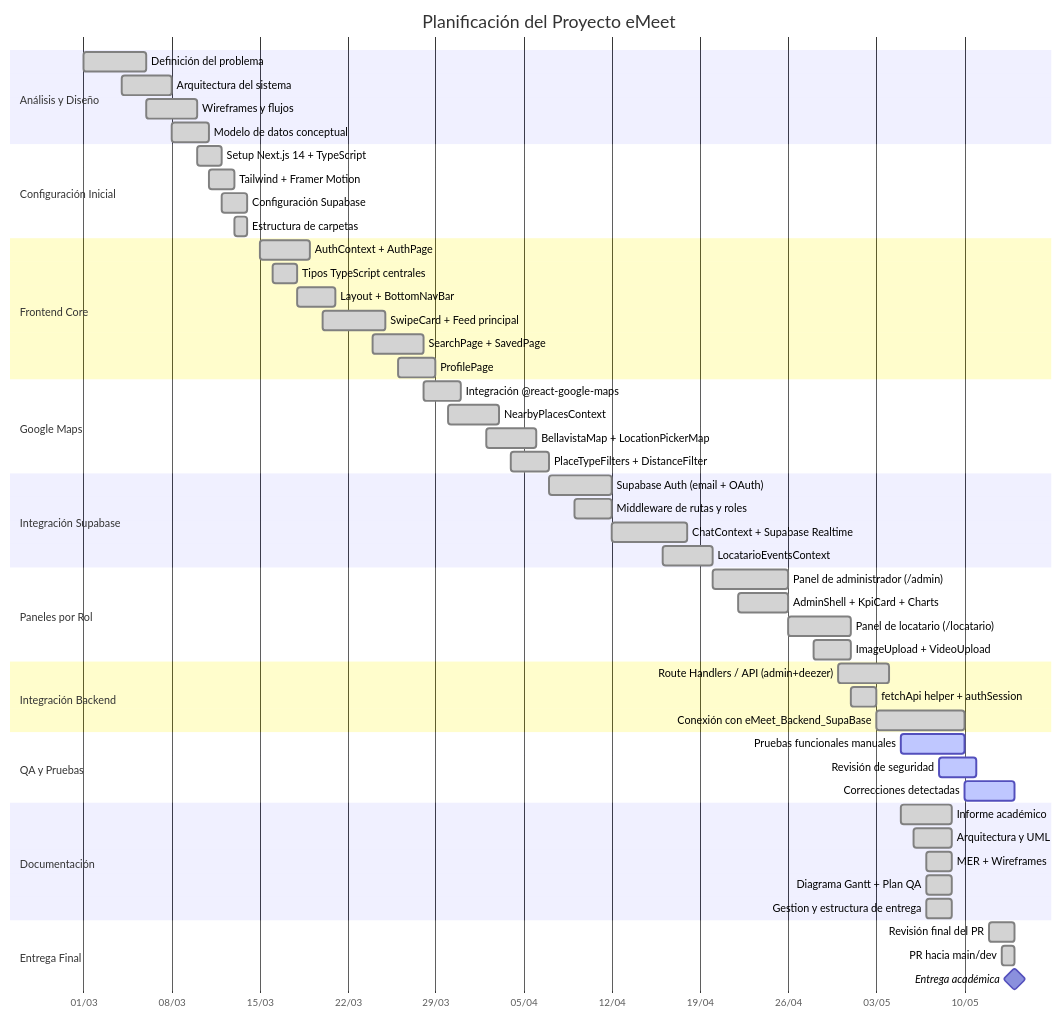
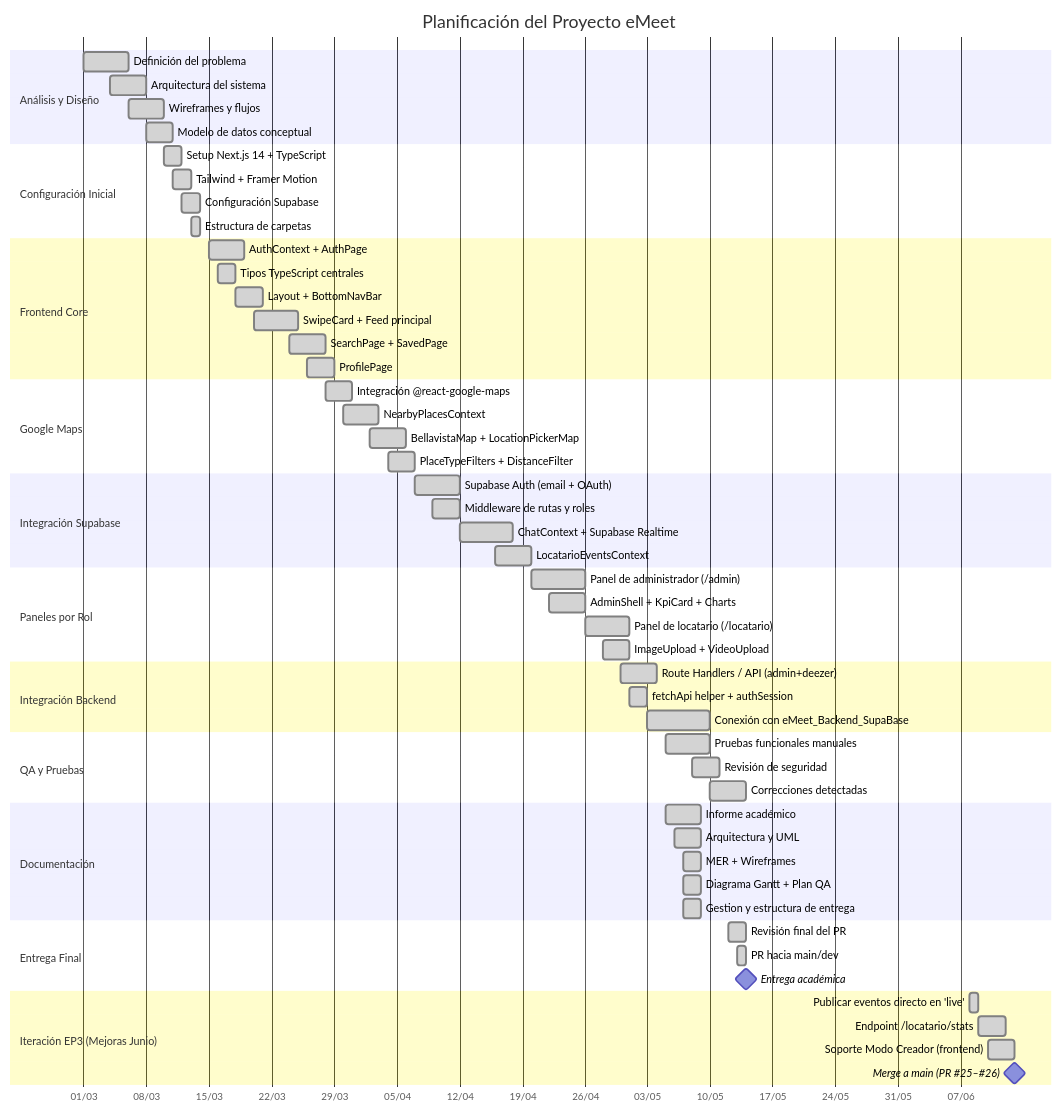
Before and after one commit to DanielBravoS88/eMeet_Backend_SupaBase: the diagram in Documentacion/Gantt.md, drawn with Mermaid. The commit also changed other lines of this file and 2 other files, not shown here.

Commit message:
docs: sincronizar documentacion con iteracion de junio (stats de creador, publicar en live)
- Gantt: cierre de QA y nueva fase EP3 (junio)
- Funcionalidades: endpoints /events/locatario/stats y /events/locatario/public, publicacion directa en live
- MER: columna status (draft|live) en locatario_events (tabla y diagrama ER)

````diff
--- a/Documentacion/Gantt.md
+++ b/Documentacion/Gantt.md
@@ -26,66 +27,72 @@
 ```mermaid
 gantt
     title Planificación del Proyecto eMeet
     dateFormat  YYYY-MM-DD
     axisFormat  %d/%m
 
     section Análisis y Diseño
     Definición del problema           :done,    ana1, 2026-03-01, 5d
     Arquitectura del sistema          :done,    ana2, 2026-03-04, 4d
     Wireframes y flujos               :done,    ana3, 2026-03-06, 4d
     Modelo de datos conceptual        :done,    ana4, 2026-03-08, 3d
 
     section Configuración Inicial
     Setup Next.js 14 + TypeScript     :done,    cfg1, 2026-03-10, 2d
     Tailwind + Framer Motion          :done,    cfg2, 2026-03-11, 2d
     Configuración Supabase            :done,    cfg3, 2026-03-12, 2d
     Estructura de carpetas            :done,    cfg4, 2026-03-13, 1d
 
     section Frontend Core
     AuthContext + AuthPage            :done,    fe1, 2026-03-15, 4d
     Tipos TypeScript centrales        :done,    fe2, 2026-03-16, 2d
     Layout + BottomNavBar             :done,    fe3, 2026-03-18, 3d
     SwipeCard + Feed principal        :done,    fe4, 2026-03-20, 5d
     SearchPage + SavedPage            :done,    fe5, 2026-03-24, 4d
     ProfilePage                       :done,    fe6, 2026-03-26, 3d
 
     section Google Maps
     Integración @react-google-maps    :done,    gm1, 2026-03-28, 3d
     NearbyPlacesContext               :done,    gm2, 2026-03-30, 4d
     BellavistaMap + LocationPickerMap :done,    gm3, 2026-04-02, 4d
     PlaceTypeFilters + DistanceFilter :done,    gm4, 2026-04-04, 3d
 
     section Integración Supabase
     Supabase Auth (email + OAuth)     :done,    sb1, 2026-04-07, 5d
     Middleware de rutas y roles       :done,    sb2, 2026-04-09, 3d
     ChatContext + Supabase Realtime   :done,    sb3, 2026-04-12, 6d
     LocatarioEventsContext            :done,    sb4, 2026-04-16, 4d
 
     section Paneles por Rol
     Panel de administrador (/admin)   :done,    adm1, 2026-04-20, 6d
     AdminShell + KpiCard + Charts     :done,    adm2, 2026-04-22, 4d
     Panel de locatario (/locatario)   :done,    loc1, 2026-04-26, 5d
     ImageUpload + VideoUpload         :done,    loc2, 2026-04-28, 3d
 
     section Integración Backend
     Route Handlers / API (admin+deezer):done,    bff1, 2026-04-30, 4d
     fetchApi helper + authSession     :done,    bff2, 2026-05-01, 2d
     Conexión con eMeet_Backend_SupaBase:done,   bff3, 2026-05-03, 7d
 
     section QA y Pruebas
-    Pruebas funcionales manuales      :active,  qa1, 2026-05-05, 5d
-    Revisión de seguridad             :active,  qa2, 2026-05-08, 3d
-    Correcciones detectadas           :active,  qa3, 2026-05-10, 4d
+    Pruebas funcionales manuales      :done,    qa1, 2026-05-05, 5d
+    Revisión de seguridad             :done,    qa2, 2026-05-08, 3d
+    Correcciones detectadas           :done,    qa3, 2026-05-10, 4d
 
     section Documentación
     Informe académico                 :done,    doc1, 2026-05-05, 4d
     Arquitectura y UML                :done,    doc2, 2026-05-06, 3d
     MER + Wireframes                  :done,    doc3, 2026-05-07, 2d
     Diagrama Gantt + Plan QA          :done,    doc4, 2026-05-07, 2d
     Gestion y estructura de entrega   :done,    doc5, 2026-05-07, 2d
 
     section Entrega Final
     Revisión final del PR             :done,    ent1, 2026-05-12, 2d
     PR hacia main/dev                 :done,    ent2, 2026-05-13, 1d
     Entrega académica                 :milestone, ent3, 2026-05-14, 0d
+
+    section Iteración EP3 (Mejoras Junio)
+    Publicar eventos directo en 'live'  :done,    ep3_1, 2026-06-08, 1d
+    Endpoint /locatario/stats           :done,    ep3_2, 2026-06-09, 3d
+    Soporte Modo Creador (frontend)     :done,    ep3_3, 2026-06-10, 3d
+    Merge a main (PR #25–#26)           :milestone, ep3_4, 2026-06-13, 0d
 ```
````
